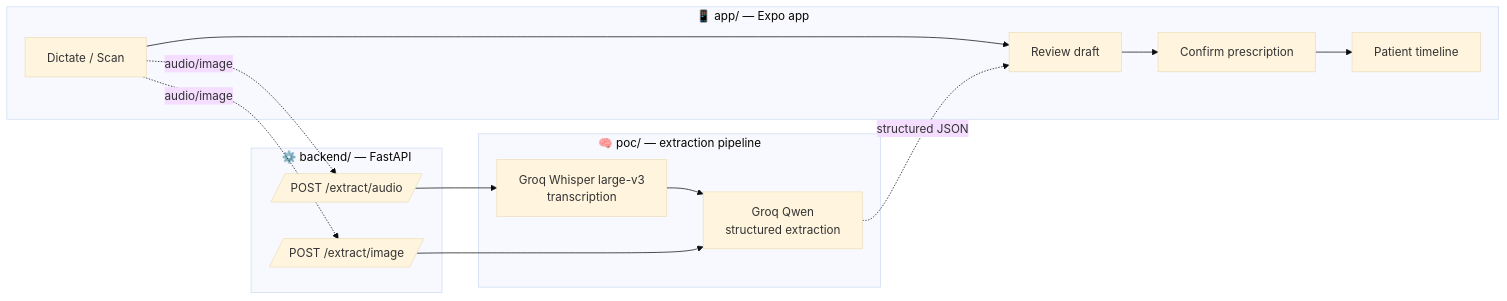
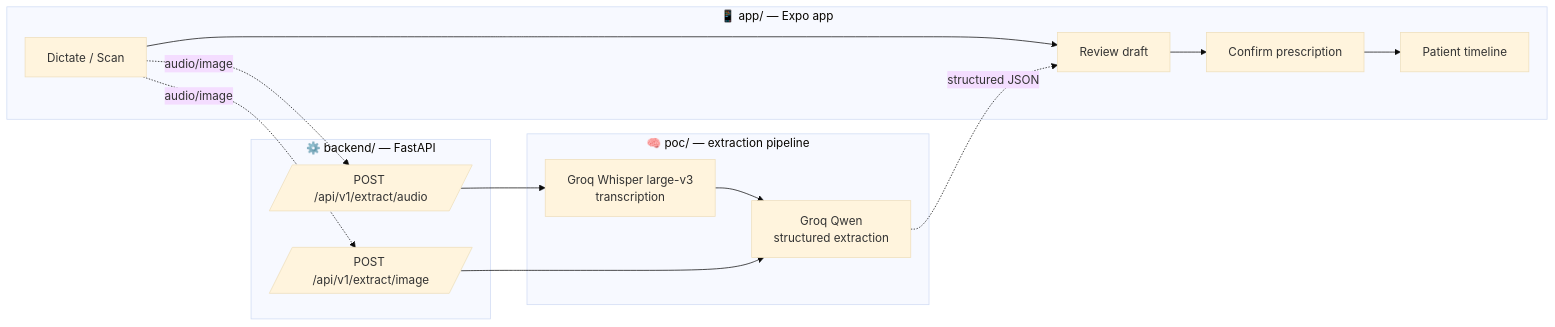
Before and after one commit to Team-DROS/IQOO: the diagram in README.md, drawn with Mermaid (base theme). The commit also changed other lines of this file and 2 other files, not shown here.

First line of the commit message:
Fix README data-shape accuracy for the backend API

````diff
--- a/README.md
+++ b/README.md
@@ -51,18 +51,18 @@
 ```mermaid
 flowchart LR
     subgraph Phone["📱 app/ — Expo app"]
         A[Dictate / Scan] --> B[Review draft] --> C[Confirm prescription] --> D[Patient timeline]
     end
     subgraph API["⚙️ backend/ — FastAPI"]
-        E[/POST /extract/audio/]
-        F[/POST /extract/image/]
+        E[/POST /api/v1/extract/audio/]
+        F[/POST /api/v1/extract/image/]
     end
     subgraph AI["🧠 poc/ — extraction pipeline"]
         G[Groq Whisper large-v3<br/>transcription]
         H[Groq Qwen<br/>structured extraction]
     end
     A -. audio/image .-> E & F
     E --> G --> H
     F --> H
     H -. structured JSON .-> B
 ```
````
